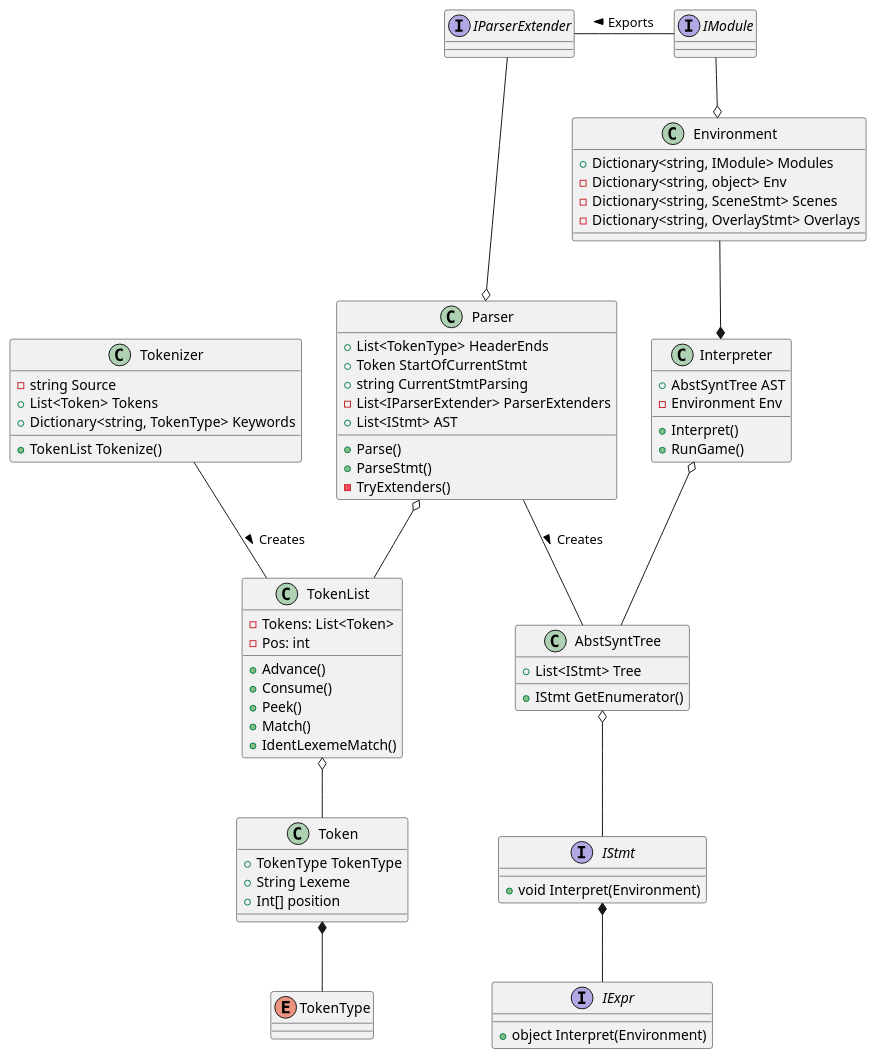
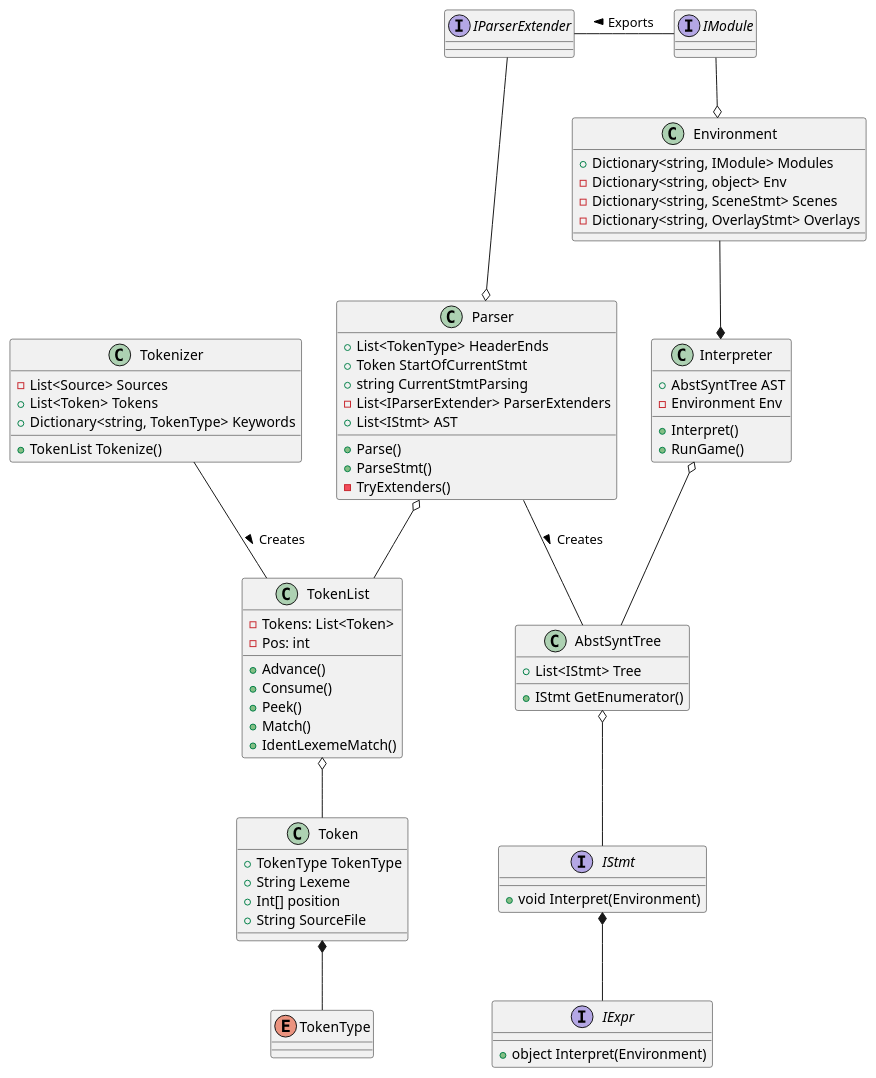
Before and after one commit to alexllov/CYA-Adventure-Game-Engine: the diagram in Diagrams/docs.puml, drawn with PlantUML. The commit also changed 34 other files, not shown here.

```diff
--- a/Diagrams/docs.puml
+++ b/Diagrams/docs.puml
@@ -1,114 +1,115 @@
 @startuml
 
 ' https://plantuml.com/class-diagram
 
 Tokenizer -[hidden]> Parser
 Parser -[hidden]> Interpreter
 
 enum TokenType
 
 class Token {
     + TokenType TokenType
     + String Lexeme
     + Int[] position
+    + String SourceFile
 }
 
 class TokenList {
     -Tokens: List<Token>
     -Pos: int
     +Advance()
     +Consume()
     +Peek()
     +Match()
     +IdentLexemeMatch()
 }
 
 TokenList o-- Token 
 Token *-- TokenType 
 
 class Tokenizer {
-    -string Source
+    -List<Source> Sources
     '-int Start
     '-int Pos
     '-int Line
     '-int Col
     +List<Token> Tokens
     +Dictionary<string, TokenType> Keywords
     +TokenList Tokenize()
 }
 
 Tokenizer - TokenList : Creates >
 
 class Parser {
     +List<TokenType> HeaderEnds
     +Token StartOfCurrentStmt
     +string CurrentStmtParsing
     -List<IParserExtender> ParserExtenders
     +List<IStmt> AST
     +Parse()
     +ParseStmt()
     -TryExtenders()
 }
 
 Parser o-- TokenList
 Parser - AbstSyntTree : Creates >
 
 class AbstSyntTree {
     +List<IStmt> Tree
     +IStmt GetEnumerator()
 }
 
 interface IStmt {
     +void Interpret(Environment)
 }
 
 'abstract Stmt {}
 
 AbstSyntTree o-- IStmt
 IStmt *-- IExpr
 
 interface IExpr {
     +object Interpret(Environment)
 }
 
 class Interpreter {
     +AbstSyntTree AST
     '-DebugMode: bool
     -Environment Env
     +Interpret()
     +RunGame()
 }
 
 Interpreter o-- AbstSyntTree
 
 class Environment {
     +Dictionary<string, IModule> Modules
     '+List<IChoiceHandler> ChoiceHandlers
     -Dictionary<string, object> Env
     -Dictionary<string, SceneStmt> Scenes
     -Dictionary<string, OverlayStmt> Overlays
     '+Dictionary<string, OverlayStmt> AccessibleOverlays
     '+List<ChoiceStmt> LocalChoices
     '+List<string> CommandErrors
     '-List<IStmt> SuccessfulCommands
     '-string GoTo
     '-bool GoToFlag
     '-(bool, string) RunOverlayFlag
     '-bool ExitOverlayFlag
 }
 
 
 interface IModule {}
 
 
 interface IParserExtender {}
 
 IParserExtender - IModule: Exports <
 
 IParserExtender --o Parser
 
 IModule --o Environment
 
 Environment --* Interpreter
 
 @enduml
```
